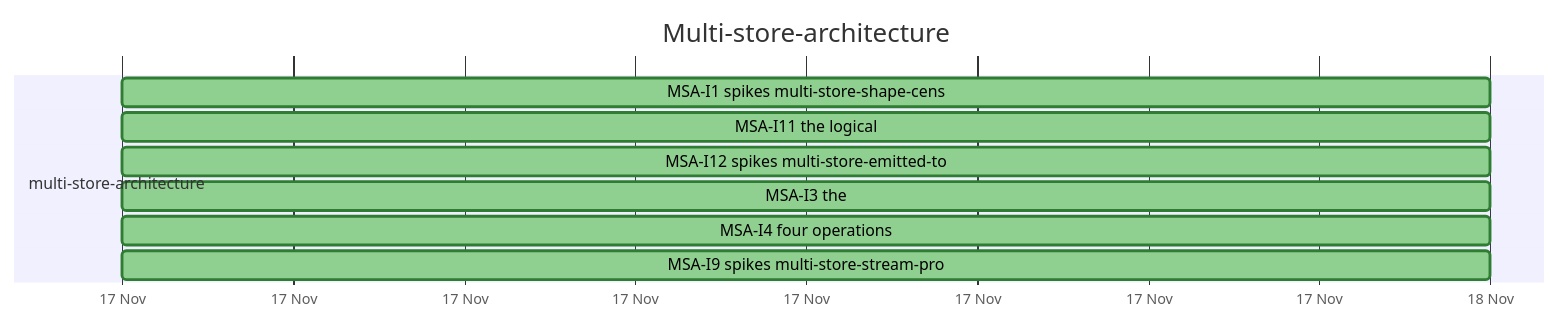
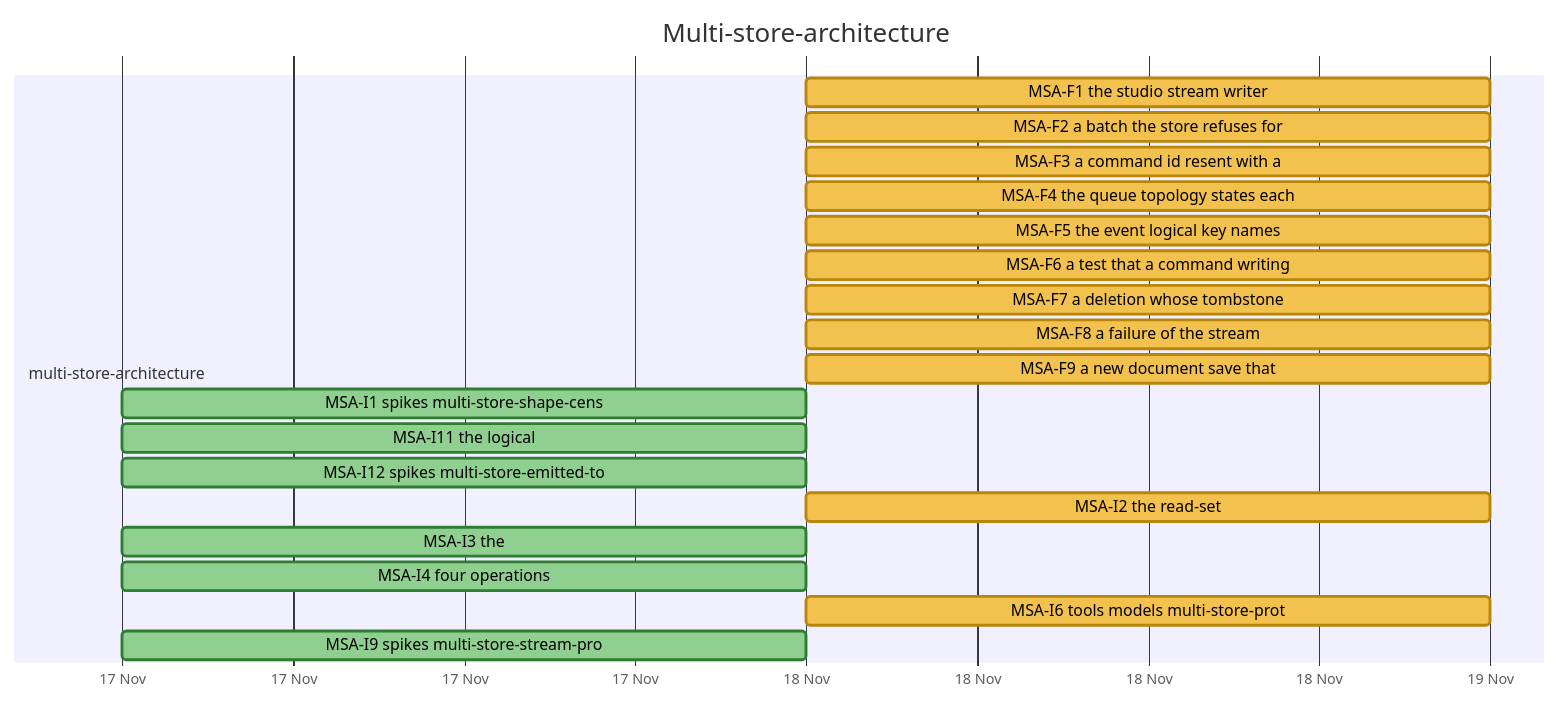
One commit to nebularis/lattice changed diagram 11 of 32 in docs/developer/ROADMAP.md. Above: the diagram before and after it, drawn with Mermaid. The commit also changed other lines of this file and 5 other files, not shown here.

````diff
--- a/docs/developer/ROADMAP.md
+++ b/docs/developer/ROADMAP.md
@@ -365,14 +371,25 @@
 ```mermaid
 %%{init: {"themeVariables": {"taskBkgColor": "#f2c14e", "taskBorderColor": "#b8860b", "taskTextColor": "#000000", "activeTaskBkgColor": "#4e9af1", "activeTaskBorderColor": "#1f5fbf", "activeTaskBorderColor": "#1f5fbf", "doneTaskBkgColor": "#8fcf8f", "doneTaskBorderColor": "#2f7d32", "critBkgColor": "#f28b82", "critBorderColor": "#b23a30", "taskTextDarkColor": "#000000", "taskTextLightColor": "#000000"}}}%%
 gantt
     title Multi-store-architecture
     dateFormat YYYY-MM-DD
     axisFormat %d %b
     section multi-store-architecture
+    MSA-F1 the studio stream writer :msaf1, 2026-11-18, 2026-11-19
+    MSA-F2 a batch the store refuses for :msaf2, 2026-11-18, 2026-11-19
+    MSA-F3 a command id resent with a :msaf3, 2026-11-18, 2026-11-19
+    MSA-F4 the queue topology states each :msaf4, 2026-11-18, 2026-11-19
+    MSA-F5 the event logical key names :msaf5, 2026-11-18, 2026-11-19
+    MSA-F6 a test that a command writing :msaf6, 2026-11-18, 2026-11-19
+    MSA-F7 a deletion whose tombstone :msaf7, 2026-11-18, 2026-11-19
+    MSA-F8 a failure of the stream :msaf8, 2026-11-18, 2026-11-19
+    MSA-F9 a new document save that :msaf9, 2026-11-18, 2026-11-19
     MSA-I1 spikes multi-store-shape-cens :done, msai1, 2026-11-17, 2026-11-18
     MSA-I11 the logical :done, msai11, 2026-11-17, 2026-11-18
     MSA-I12 spikes multi-store-emitted-to :done, msai12, 2026-11-17, 2026-11-18
+    MSA-I2 the read-set :msai2, 2026-11-18, 2026-11-19
     MSA-I3 the :done, msai3, 2026-11-17, 2026-11-18
     MSA-I4 four operations :done, msai4, 2026-11-17, 2026-11-18
+    MSA-I6 tools models multi-store-prot :msai6, 2026-11-18, 2026-11-19
     MSA-I9 spikes multi-store-stream-pro :done, msai9, 2026-11-17, 2026-11-18
 ```
````
